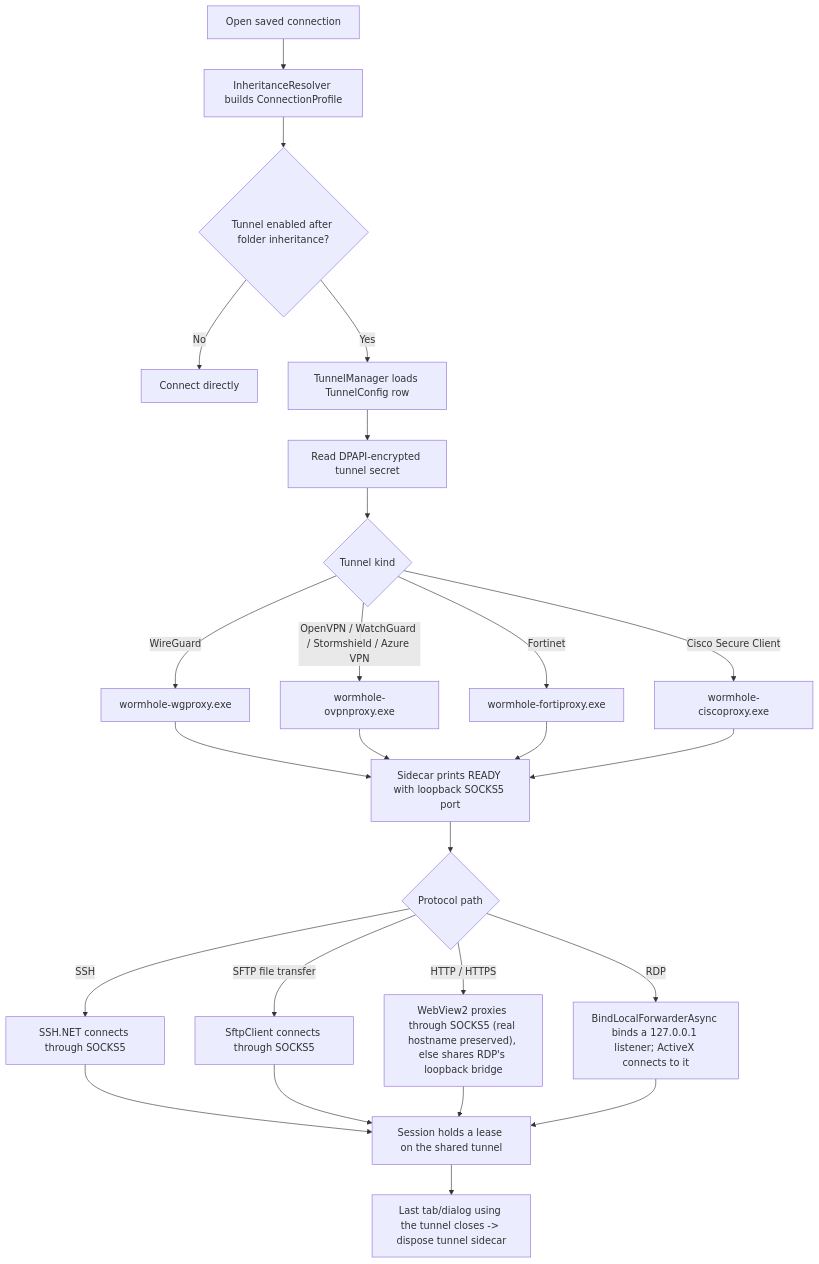
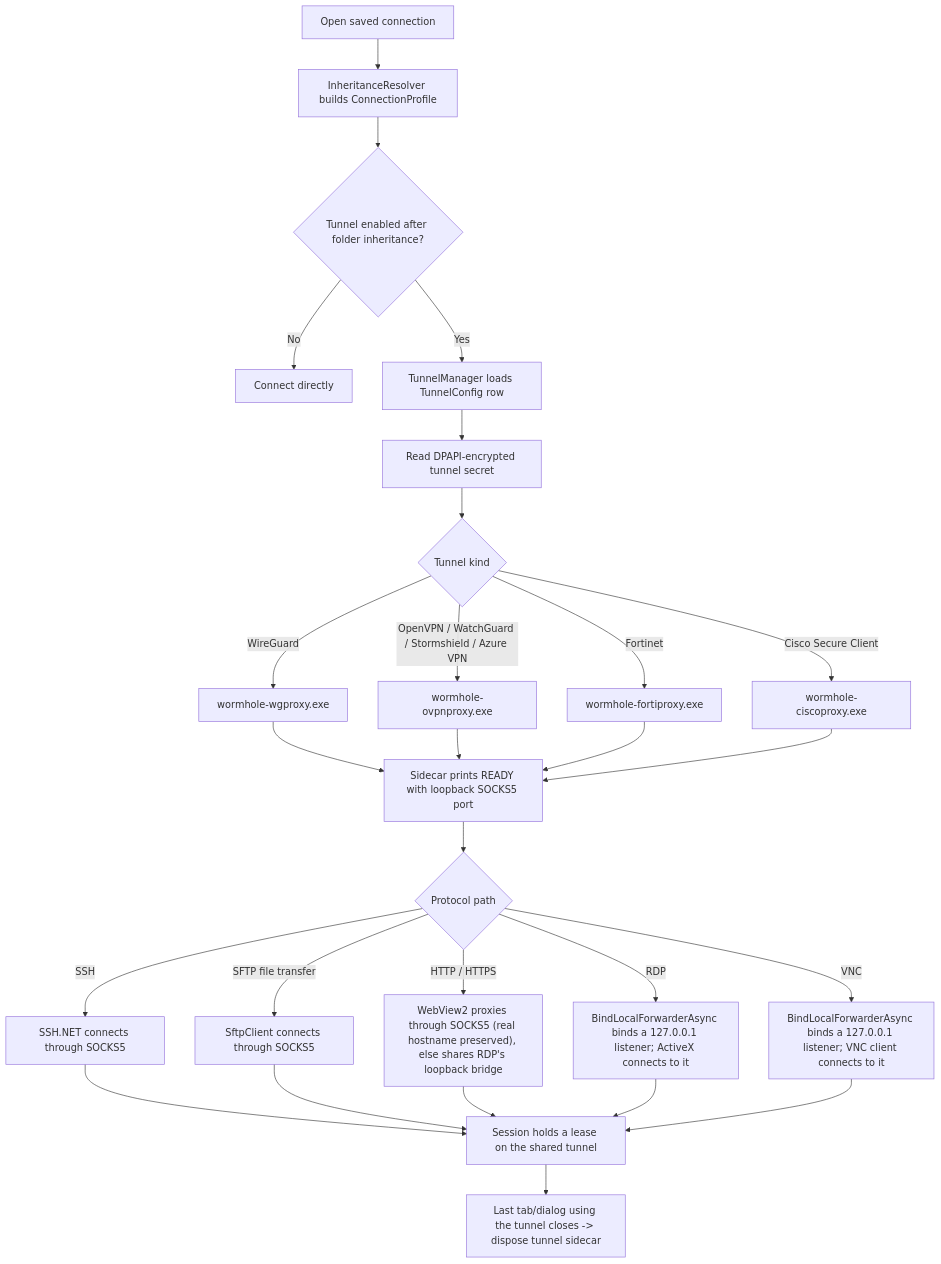
One commit to xBounceIT/wormhole changed the diagram in README.md. Above: the diagram before and after it, drawn with Mermaid. The commit also changed other lines of this file and 31 other files, not shown here.

````diff
--- a/README.md
+++ b/README.md
@@ -122,27 +128,29 @@
 ```mermaid
 flowchart TD
     A["Open saved connection"] --> B["InheritanceResolver builds ConnectionProfile"]
     B --> C{"Tunnel enabled after folder inheritance?"}
     C -- "No" --> D["Connect directly"]
     C -- "Yes" --> E["TunnelManager loads TunnelConfig row"]
     E --> F["Read DPAPI-encrypted tunnel secret"]
     F --> G{"Tunnel kind"}
     G -- "WireGuard" --> H["wormhole-wgproxy.exe"]
     G -- "OpenVPN / WatchGuard / Stormshield / Azure VPN" --> I["wormhole-ovpnproxy.exe"]
     G -- "Fortinet" --> J["wormhole-fortiproxy.exe"]
     G -- "Cisco Secure Client" --> CA["wormhole-ciscoproxy.exe"]
     H --> K["Sidecar prints READY with loopback SOCKS5 port"]
     I --> K
     J --> K
     CA --> K
     K --> L{"Protocol path"}
     L -- "SSH" --> M["SSH.NET connects through SOCKS5"]
     L -- "SFTP file transfer" --> N["SftpClient connects through SOCKS5"]
     L -- "HTTP / HTTPS" --> R["WebView2 proxies through SOCKS5 (real hostname preserved), else shares RDP's loopback bridge"]
     L -- "RDP" --> O["BindLocalForwarderAsync binds a 127.0.0.1 listener; ActiveX connects to it"]
+    L -- "VNC" --> V["BindLocalForwarderAsync binds a 127.0.0.1 listener; VNC client connects to it"]
     M --> P["Session holds a lease on the shared tunnel"]
     N --> P
     R --> P
     O --> P
+    V --> P
     P --> Q["Last tab/dialog using the tunnel closes -> dispose tunnel sidecar"]
 ```
````
